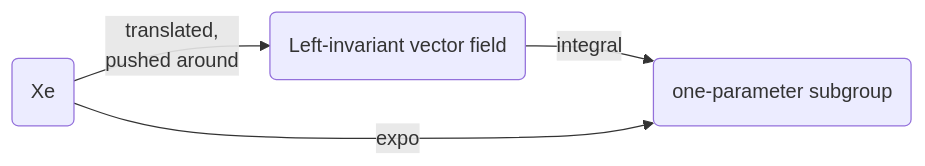
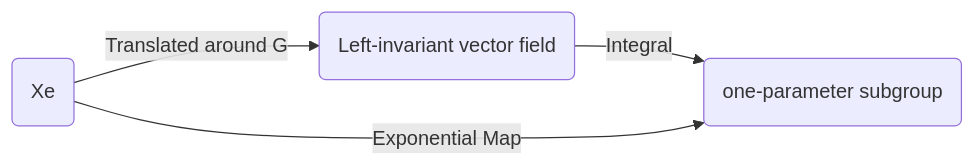
The diagram in _posts/2019-03-20-Lie-Agebra-as-Generator/Lie-Algebra-as-Generator.md (yk-liu/yk-liu.github.io), drawn with Mermaid before and after one commit. The commit also changed other lines of this file, not shown here.

````diff
--- a/_posts/2019-03-20-Lie-Agebra-as-Generator/Lie-Algebra-as-Generator.md
+++ b/_posts/2019-03-20-Lie-Agebra-as-Generator/Lie-Algebra-as-Generator.md
@@ -52,6 +52,6 @@
 ```mermaid
 graph LR
-A(Xe)-->|translated, </br>pushed around|B(Left-invariant vector field)
-B-->|integral|C(one-parameter subgroup)
-A-->|expo|C
+A(Xe)-->|Translated around G|B(Left-invariant vector field)
+B-->|Integral|C(one-parameter subgroup)
+A-->|Exponential Map|C
 ```
````
